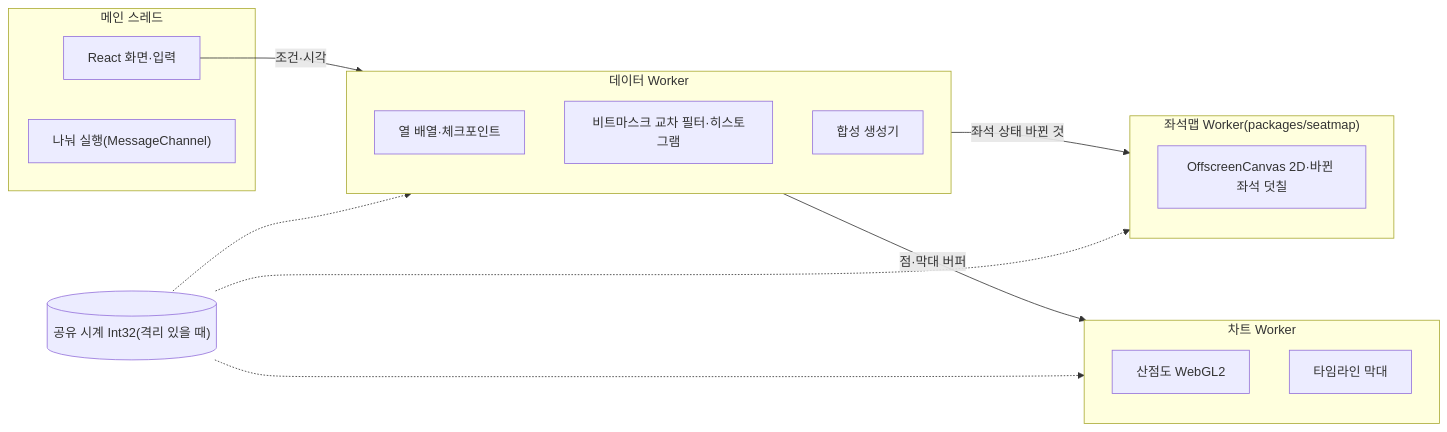
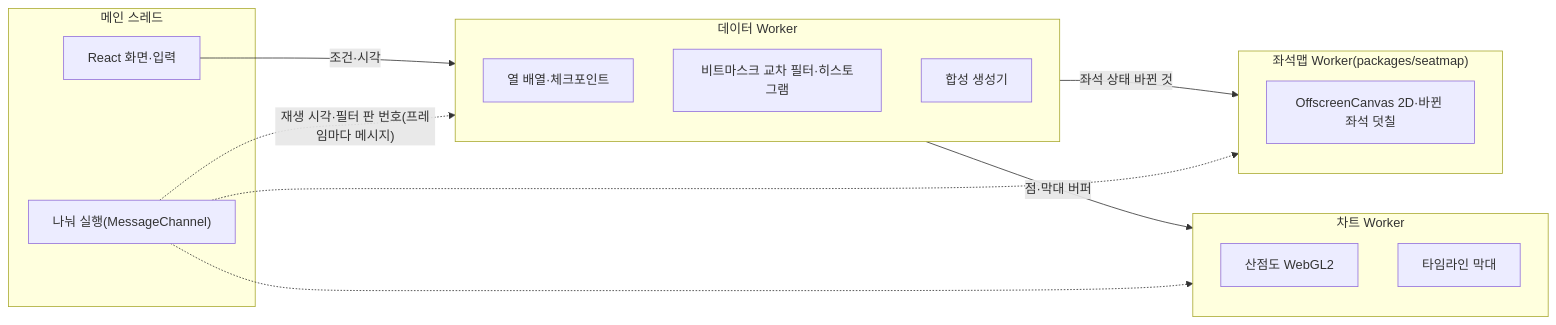
The diagram in docs/features/forensic-replay.md (peaket/peaket), drawn with Mermaid before and after one commit. The commit also changed other lines of this file and 228 other files, not shown here.

````diff
--- a/docs/features/forensic-replay.md
+++ b/docs/features/forensic-replay.md
@@ -90,23 +90,25 @@
 ```mermaid
 flowchart LR
   subgraph Main["메인 스레드"]
     UI["React 화면·입력"]
     SCH["나눠 실행(MessageChannel)"]
   end
   subgraph DW["데이터 Worker"]
     COL["열 배열·체크포인트"]
     XF["비트마스크 교차 필터·히스토그램"]
     GEN["합성 생성기"]
   end
   subgraph MW["좌석맵 Worker(packages/seatmap)"]
     MAP["OffscreenCanvas 2D·바뀐 좌석 덧칠"]
   end
   subgraph CW["차트 Worker"]
     SC["산점도 WebGL2"]
     TL["타임라인 막대"]
   end
   UI -- "조건·시각" --> DW
   DW -- "좌석 상태 바뀐 것" --> MW
   DW -- "점·막대 버퍼" --> CW
-  CLK[("공유 시계 Int32(격리 있을 때)")] -.-> DW & MW & CW
+  SCH -. "재생 시각·필터 판 번호(프레임마다 메시지)" .-> DW
+  SCH -.-> MW
+  SCH -.-> CW
 ```
````
